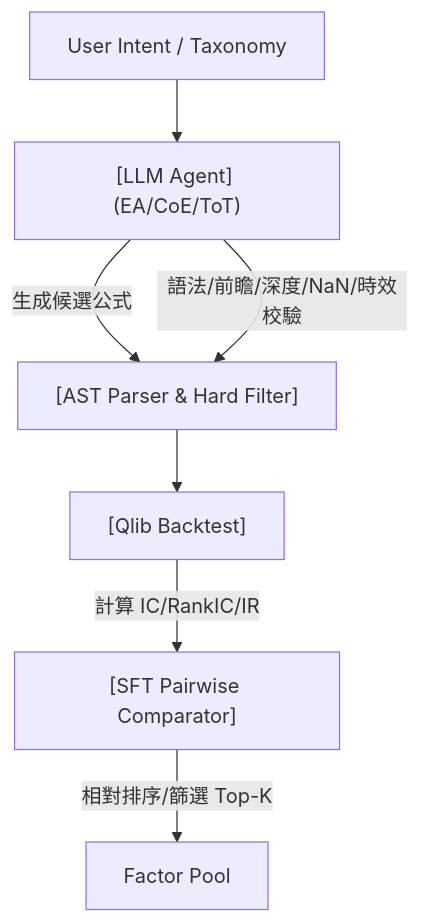
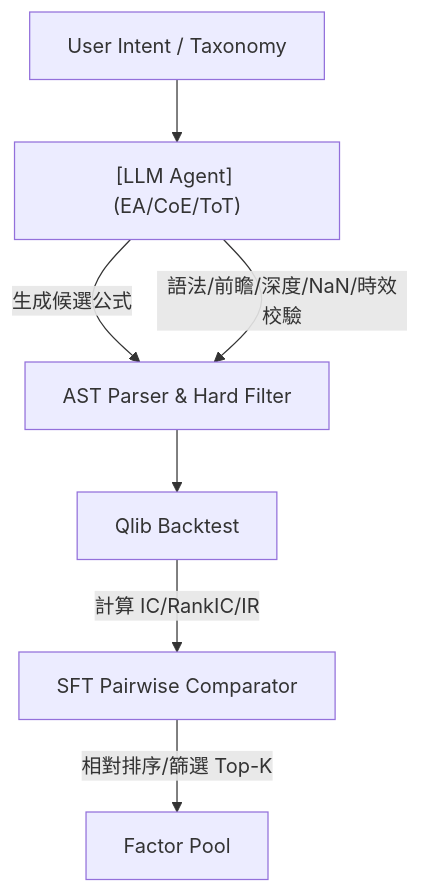
Before and after one commit to sou350121/Trading-Handbook: the diagram in foundations/llm-agentic/alphabench.md, drawn with Mermaid. The commit also changed 191 other files, not shown here.

First line of the commit message:
render: fix math + mermaid for GitHub across the corpus (188 pages)

````diff
--- a/foundations/llm-agentic/alphabench.md
+++ b/foundations/llm-agentic/alphabench.md
@@ -30,9 +30,9 @@
 ```mermaid
 flowchart TD
     A["User Intent / Taxonomy"] --> B["[LLM Agent] (EA/CoE/ToT)"]
-    B -->|生成候選公式| C["[AST Parser & Hard Filter]"]
+    B -->|生成候選公式| C["AST Parser &amp; Hard Filter"]
     B -->|語法/前瞻/深度/NaN/時效校驗| C
-    C --> D["[Qlib Backtest]"]
-    D -->|計算 IC/RankIC/IR| E["[SFT Pairwise Comparator]"]
+    C --> D["Qlib Backtest"]
+    D -->|計算 IC/RankIC/IR| E["SFT Pairwise Comparator"]
     E -->|相對排序/篩選 Top-K| F["Factor Pool"]
 ```
````
